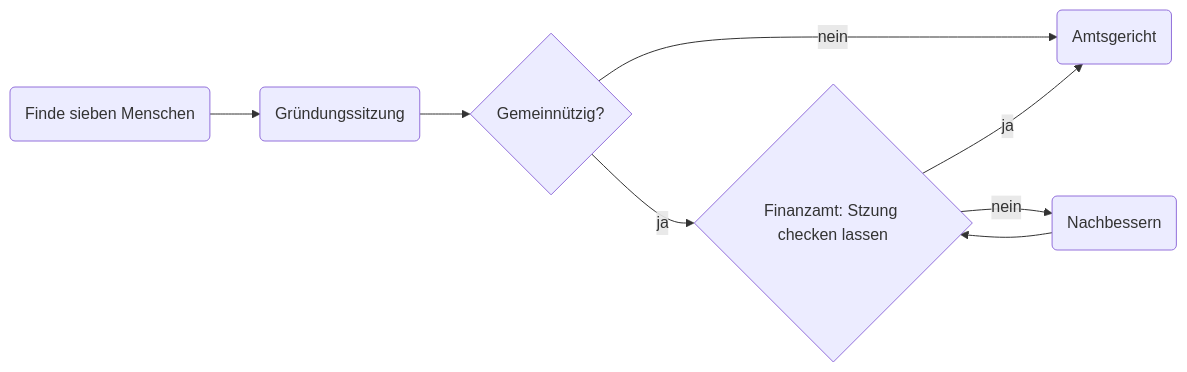
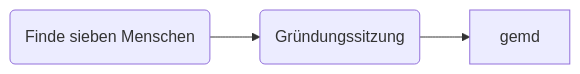
The diagram in README.md (Chaotikum/openverein), drawn with Mermaid before and after one commit.

````diff
--- a/README.md
+++ b/README.md
@@ -17,11 +17,5 @@
 ```mermaid
 graph LR
   start(Finde sieben Menschen) --> founding
   founding(Gründungssitzung) --> gemd
-  gemd{Gemeinnützig?} --> |ja| satzcheckf
-  gemd --> |nein| amtsgericht
-  satzcheckf{Finanzamt: Stzung checken lassen} --> |ja| amtsgericht
-  satzcheckf --> |nein| nachbessern
-  nachbessern(Nachbessern) --> satzcheckf
-  amtsgericht(Amtsgericht)
 ```
````
